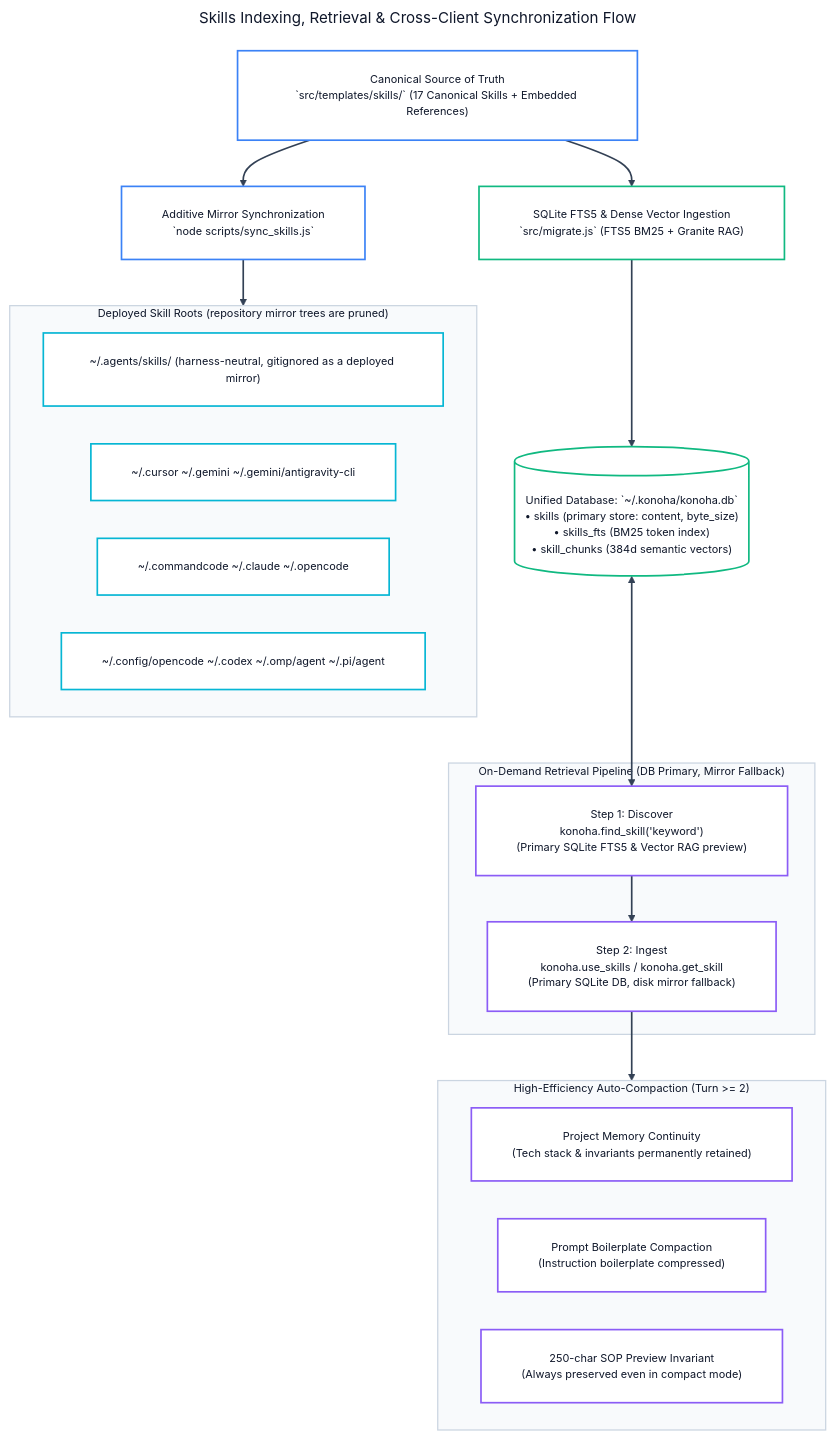
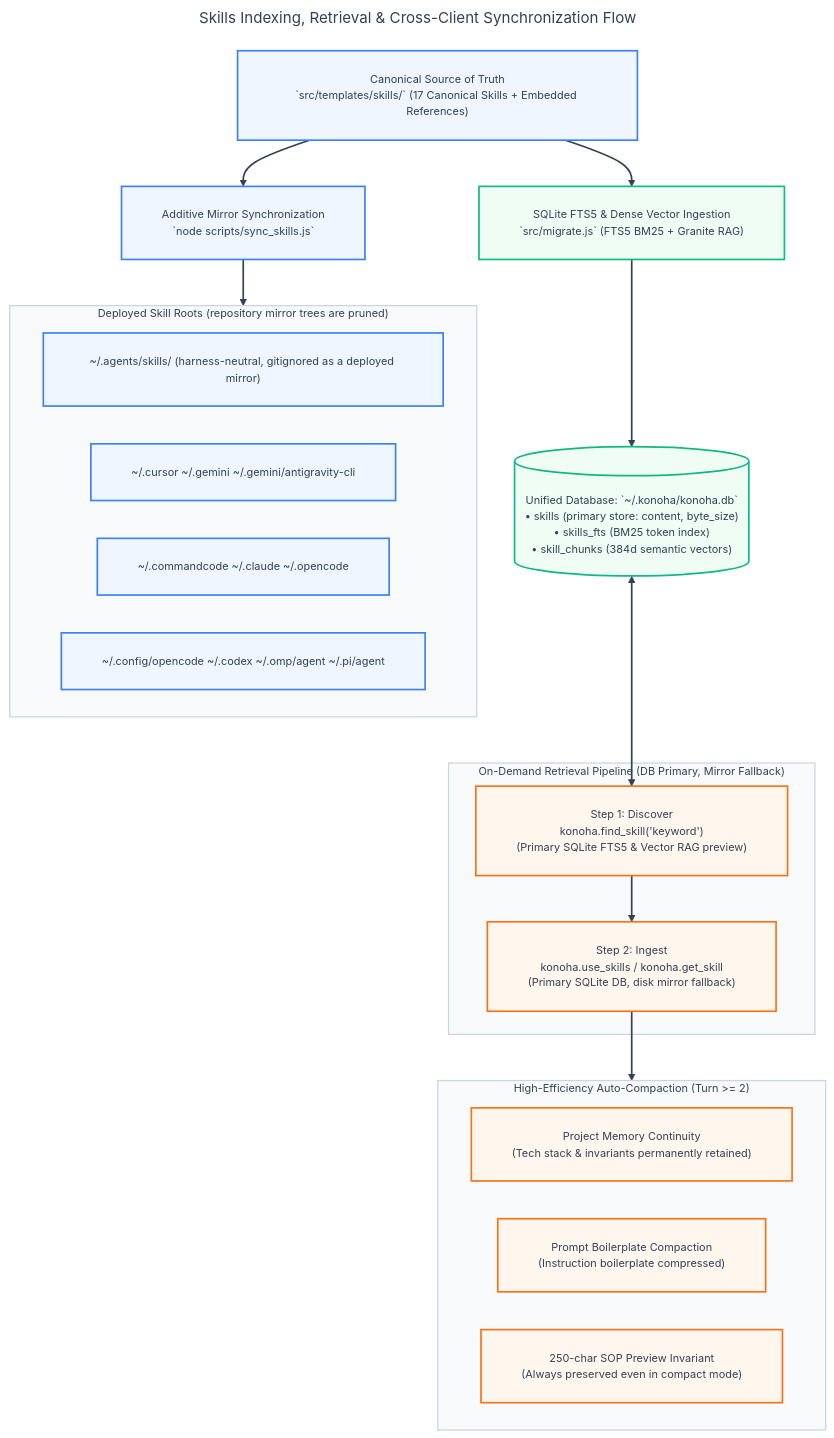
The eighth of 19 diagrams in docs/ALL-WORKFLOW-DIAGRAMS.md (andycungkrinx91/konoha), drawn with Mermaid before and after one commit. The commit also changed other lines of this file and 136 other files, not shown here.

````diff
--- a/docs/ALL-WORKFLOW-DIAGRAMS.md
+++ b/docs/ALL-WORKFLOW-DIAGRAMS.md
@@ -495,70 +495,70 @@
 ```mermaid
 ---
 title: Skills Indexing, Retrieval & Cross-Client Synchronization Flow
 config:
   theme: base
   themeVariables:
     darkMode: false
     background: '#ffffff'
-    mainBkg: '#ffffff'
-    primaryColor: '#ffffff'
-    primaryTextColor: '#0f172a'
-    primaryBorderColor: '#8b5cf6'
+    mainBkg: '#eff6ff'
+    primaryColor: '#eff6ff'
+    primaryTextColor: '#334155'
+    primaryBorderColor: '#3b82f6'
     lineColor: '#334155'
     arrowheadColor: '#334155'
     secondaryColor: '#f8fafc'
-    tertiaryColor: '#ffffff'
+    tertiaryColor: '#f0fdf4'
     fontFamily: 'Inter, system-ui, -apple-system, sans-serif'
     fontSize: '13px'
   flowchart:
     nodeSpacing: 45
     rankSpacing: 55
     padding: 24
     wrappingWidth: 380
 ---
 flowchart TB
     SourceTree["Canonical Source of Truth<br/>`src/templates/skills/` (17 Canonical Skills + Embedded References)"] --> SyncScript["Additive Mirror Synchronization<br/>`node scripts/sync_skills.js`"]
 
     subgraph MirrorTrees ["Deployed Skill Roots (repository mirror trees are pruned)"]
         M1["~/.agents/skills/ (harness-neutral, gitignored as a deployed mirror)"]
         M2["~/.cursor  ~/.gemini  ~/.gemini/antigravity-cli"]
         M3["~/.commandcode  ~/.claude  ~/.opencode"]
         M4["~/.config/opencode  ~/.codex  ~/.omp/agent  ~/.pi/agent"]
     end
 
     SyncScript --> MirrorTrees
 
     SourceTree --> FTS5Migrate["SQLite FTS5 & Dense Vector Ingestion<br/>`src/migrate.js` (FTS5 BM25 + Granite RAG)"]
     FTS5Migrate --> SQLiteDB[("Unified Database: `~/.konoha/konoha.db`<br/>• skills (primary store: content, byte_size)<br/>• skills_fts (BM25 token index)<br/>• skill_chunks (384d semantic vectors)")]
 
     subgraph ClientQueries ["On-Demand Retrieval Pipeline (DB Primary, Mirror Fallback)"]
         Find["Step 1: Discover<br/>konoha.find_skill('keyword')<br/>(Primary SQLite FTS5 &amp; Vector RAG preview)"]
         Load["Step 2: Ingest<br/>konoha.use_skills / konoha.get_skill<br/>(Primary SQLite DB, disk mirror fallback)"]
     end
 
     SQLiteDB <--> Find
     Find --> Load
 
     subgraph AutoCompaction ["High-Efficiency Auto-Compaction (Turn >= 2)"]
         AC1["Project Memory Continuity<br/>(Tech stack &amp; invariants permanently retained)"]
         AC2["Prompt Boilerplate Compaction<br/>(Instruction boilerplate compressed)"]
         AC3["250-char SOP Preview Invariant<br/>(Always preserved even in compact mode)"]
     end
 
     Load --> AutoCompaction
 
     linkStyle default stroke:#334155,stroke-width:2px;
-    style MirrorTrees fill:#f8fafc,stroke:#cbd5e1,stroke-width:1.5px,color:#0f172a;
-    style ClientQueries fill:#f8fafc,stroke:#cbd5e1,stroke-width:1.5px,color:#0f172a;
-    style AutoCompaction fill:#f8fafc,stroke:#cbd5e1,stroke-width:1.5px,color:#0f172a;
+    style MirrorTrees fill:#f8fafc,stroke:#cbd5e1,stroke-width:1.5px,color:#334155;
+    style ClientQueries fill:#f8fafc,stroke:#cbd5e1,stroke-width:1.5px,color:#334155;
+    style AutoCompaction fill:#f8fafc,stroke:#cbd5e1,stroke-width:1.5px,color:#334155;
 
-    classDef sourceNode fill:#ffffff,stroke:#3b82f6,color:#0f172a,stroke-width:2px;
-    classDef mirrorNode fill:#ffffff,stroke:#06b6d4,color:#0f172a,stroke-width:2px;
-    classDef dbNode fill:#ffffff,stroke:#10b981,color:#0f172a,stroke-width:2px;
-    classDef queryNode fill:#ffffff,stroke:#8b5cf6,color:#0f172a,stroke-width:2px;
+    classDef sourceNode fill:#eff6ff,stroke:#3b82f6,color:#334155,stroke-width:2px;
+    classDef mirrorNode fill:#eff6ff,stroke:#3b82f6,color:#334155,stroke-width:2px;
+    classDef dbNode fill:#f0fdf4,stroke:#10b981,color:#334155,stroke-width:2px;
+    classDef queryNode fill:#fff7ed,stroke:#f97316,color:#334155,stroke-width:2px;
 
     class SourceTree,SyncScript sourceNode;
     class M1,M2,M3,M4 mirrorNode;
     class FTS5Migrate,SQLiteDB dbNode;
     class Find,Load,AC1,AC2,AC3 queryNode;
 ```
````
